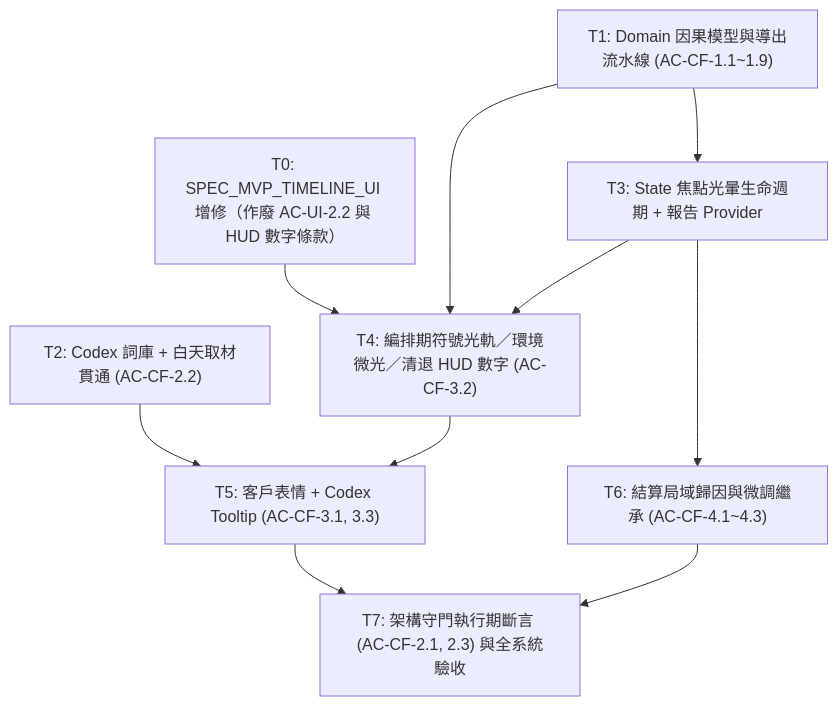
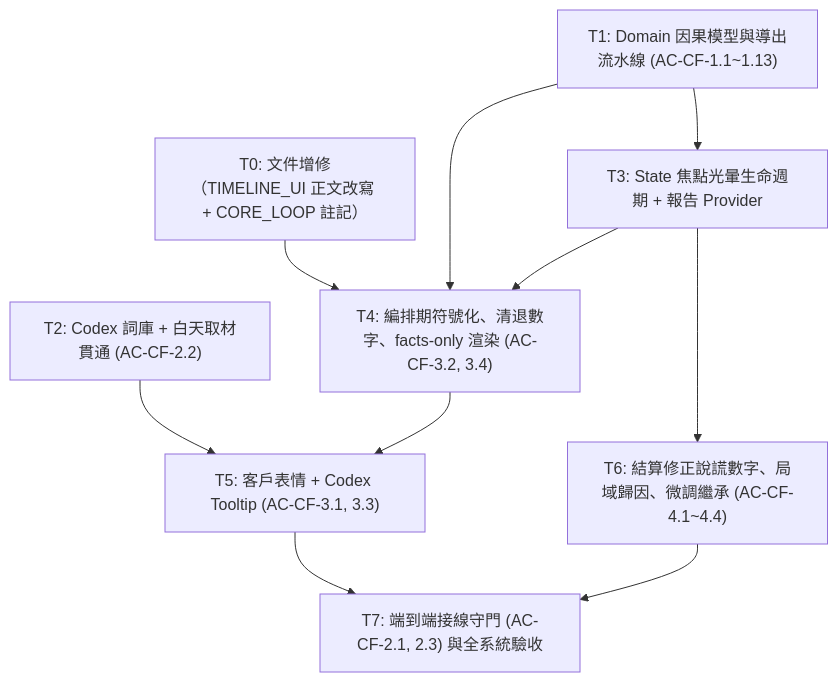
Before and after one commit to IYungHuang/share-tour: the diagram in PLAN_MVP_CAUSAL_FEEDBACK.md, drawn with Mermaid. The commit also changed other lines of this file and 3 other files, not shown here.

````diff
--- a/PLAN_MVP_CAUSAL_FEEDBACK.md
+++ b/PLAN_MVP_CAUSAL_FEEDBACK.md
@@ -94,21 +96,21 @@
 ```mermaid
 flowchart TD
-    T0["T0: SPEC_MVP_TIMELINE_UI 增修（作廢 AC-UI-2.2 與 HUD 數字條款）"]
-    T1["T1: Domain 因果模型與導出流水線 (AC-CF-1.1~1.9)"]
+    T0["T0: 文件增修（TIMELINE_UI 正文改寫 + CORE_LOOP 註記）"]
+    T1["T1: Domain 因果模型與導出流水線 (AC-CF-1.1~1.13)"]
     T2["T2: Codex 詞庫 + 白天取材貫通 (AC-CF-2.2)"]
     T3["T3: State 焦點光暈生命週期 + 報告 Provider"]
-    T4["T4: 編排期符號光軌／環境微光／清退 HUD 數字 (AC-CF-3.2)"]
+    T4["T4: 編排期符號化、清退數字、facts-only 渲染 (AC-CF-3.2, 3.4)"]
     T5["T5: 客戶表情 + Codex Tooltip (AC-CF-3.1, 3.3)"]
-    T6["T6: 結算局域歸因與微調繼承 (AC-CF-4.1~4.3)"]
-    T7["T7: 架構守門執行期斷言 (AC-CF-2.1, 2.3) 與全系統驗收"]
+    T6["T6: 結算修正說謊數字、局域歸因、微調繼承 (AC-CF-4.1~4.4)"]
+    T7["T7: 端到端接線守門 (AC-CF-2.1, 2.3) 與全系統驗收"]
 
     T0 --> T4
     T1 --> T3
     T1 --> T4
     T2 --> T5
     T3 --> T4
     T3 --> T6
     T4 --> T5
     T5 --> T7
     T6 --> T7
 ```
````
